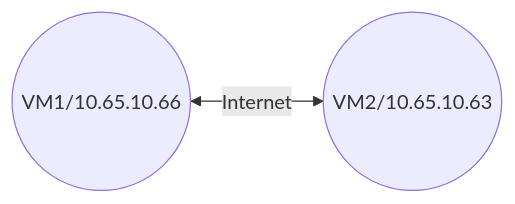
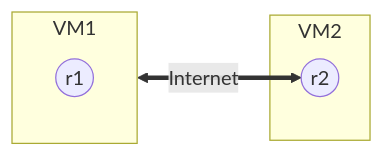
One commit to edgardcunha/freeRouter changed the diagram in wireguard/README.md. Above: the diagram before and after it, drawn with Mermaid. The commit also changed other lines of this file, not shown here.

````diff
--- a/wireguard/README.md
+++ b/wireguard/README.md
@@ -4,4 +5,10 @@
 ```mermaid
 flowchart LR
-A((VM1/10.65.10.66)) <-->|Internet| B((VM2/10.65.10.63))
+    subgraph VM1 ["VM1"]
+        A((r1))
+    end
+    subgraph VM2 ["VM2"]
+        B((r2))
+    end
+    VM1 <==>|Internet| B
 ```
````
